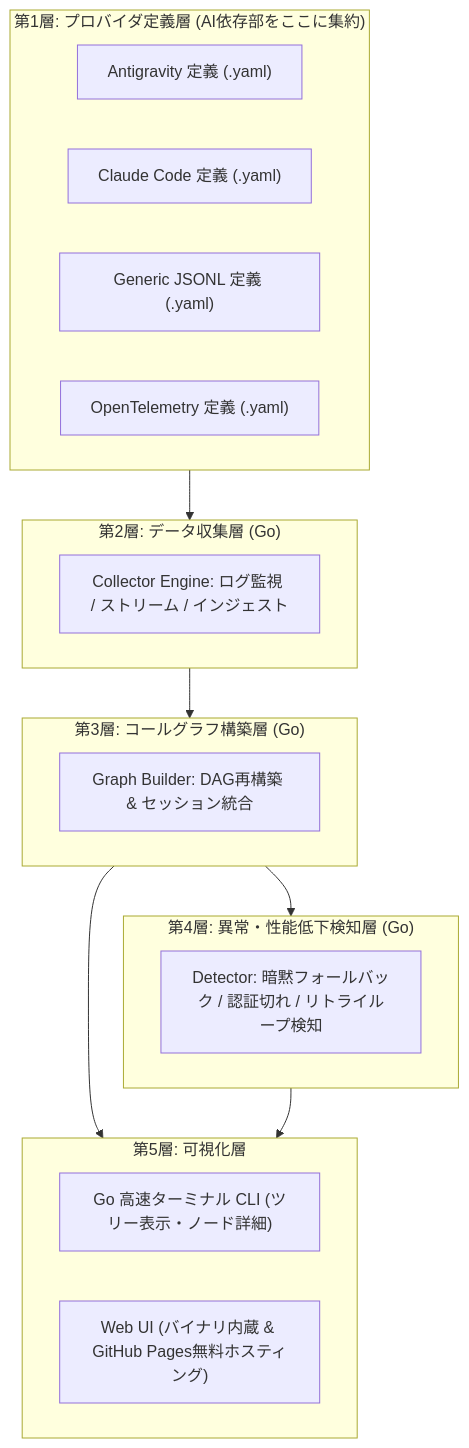
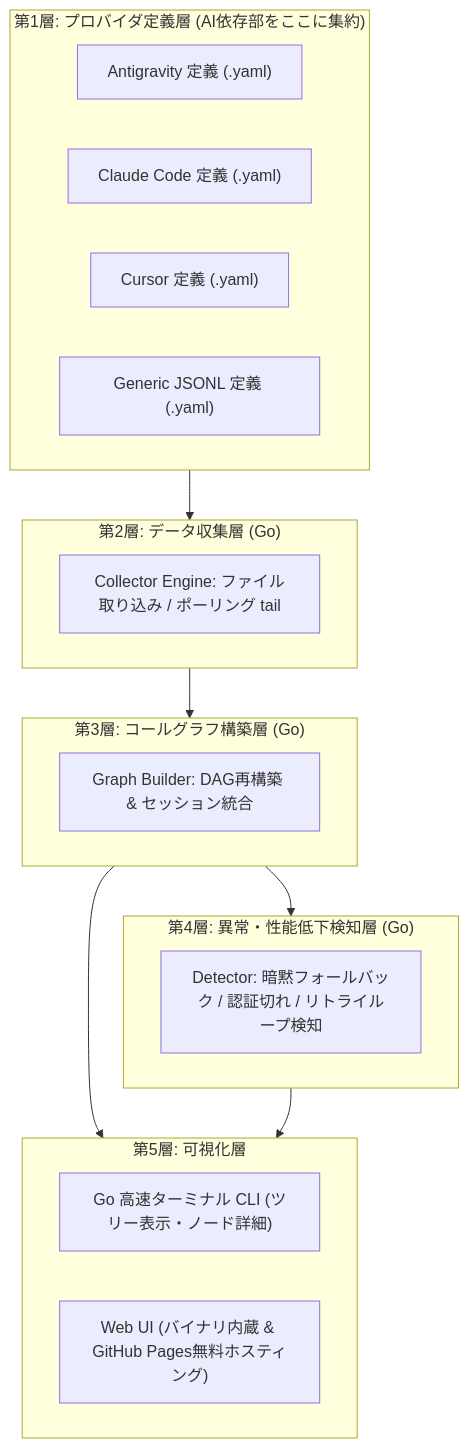
One commit to tsbkw/agentlens changed the diagram in docs/ja/SPECIFICATION.md. Above: the diagram before and after it, drawn with Mermaid. The commit also changed other lines of this file and 12 other files, not shown here.

First line of the commit message:
docs: describe what is implemented; fill graph depth and tool time metrics

````diff
--- a/docs/ja/SPECIFICATION.md
+++ b/docs/ja/SPECIFICATION.md
@@ -36,32 +36,32 @@
 ```mermaid
 flowchart TD
     subgraph Layer1["第1層: プロバイダ定義層 (AI依存部をここに集約)"]
         P1["Antigravity 定義 (.yaml)"]
         P2["Claude Code 定義 (.yaml)"]
-        P3["Generic JSONL 定義 (.yaml)"]
-        P4["OpenTelemetry 定義 (.yaml)"]
+        P3["Cursor 定義 (.yaml)"]
+        P4["Generic JSONL 定義 (.yaml)"]
     end
 
     subgraph Layer2["第2層: データ収集層 (Go)"]
-        C["Collector Engine: ログ監視 / ストリーム / インジェスト"]
+        C["Collector Engine: ファイル取り込み / ポーリング tail"]
     end
 
     subgraph Layer3["第3層: コールグラフ構築層 (Go)"]
         B["Graph Builder: DAG再構築 & セッション統合"]
     end
 
     subgraph Layer4["第4層: 異常・性能低下検知層 (Go)"]
         D["Detector: 暗黙フォールバック / 認証切れ / リトライループ検知"]
     end
 
     subgraph Layer5["第5層: 可視化層"]
         CLI["Go 高速ターミナル CLI (ツリー表示・ノード詳細)"]
         UI["Web UI (バイナリ内蔵 & GitHub Pages無料ホスティング)"]
     end
 
     Layer1 --> Layer2
     Layer2 --> Layer3
     Layer3 --> Layer4
     Layer3 --> Layer5
     Layer4 --> Layer5
 ```
````
